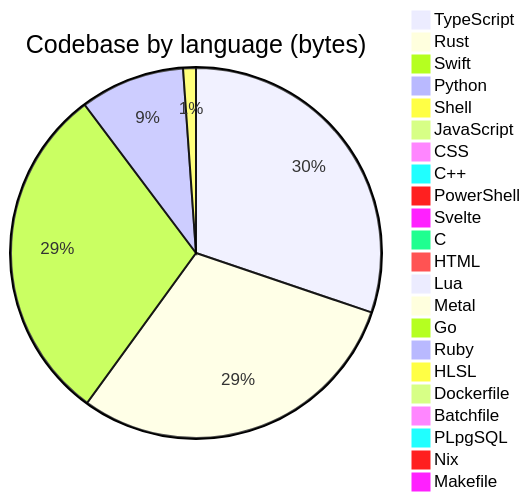
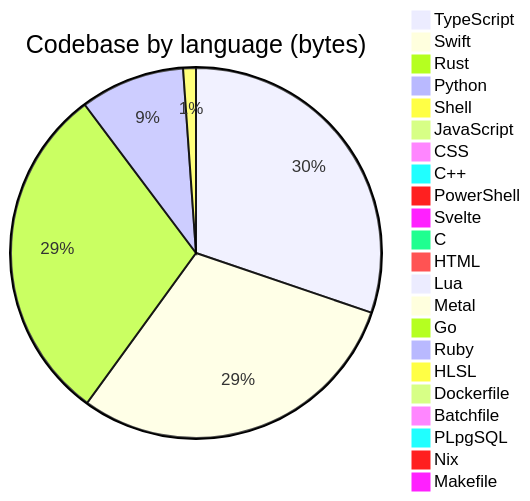
Before and after one commit to Open330/.github: the diagram in profile/README.md, drawn with Mermaid. The commit also changed other lines of this file and 1 other file, not shown here.

````diff
--- a/profile/README.md
+++ b/profile/README.md
@@ -139,25 +139,25 @@
 ```mermaid
 pie title Codebase by language (bytes)
-    "TypeScript" : 39614069
-    "Rust" : 39091164
-    "Swift" : 39029785
-    "Python" : 11982274
+    "TypeScript" : 39708837
+    "Swift" : 39122153
+    "Rust" : 39106269
+    "Python" : 11994765
     "Shell" : 1465597
-    "JavaScript" : 993237
-    "CSS" : 534317
+    "JavaScript" : 998589
+    "CSS" : 535695
     "C++" : 388775
     "PowerShell" : 333788
     "Svelte" : 275766
     "C" : 197825
     "HTML" : 179522
     "Lua" : 48814
     "Metal" : 33192
     "Go" : 22811
     "Ruby" : 9499
     "HLSL" : 7527
     "Dockerfile" : 7454
     "Batchfile" : 5660
     "PLpgSQL" : 5283
     "Nix" : 3168
     "Makefile" : 1692
 ```
````
